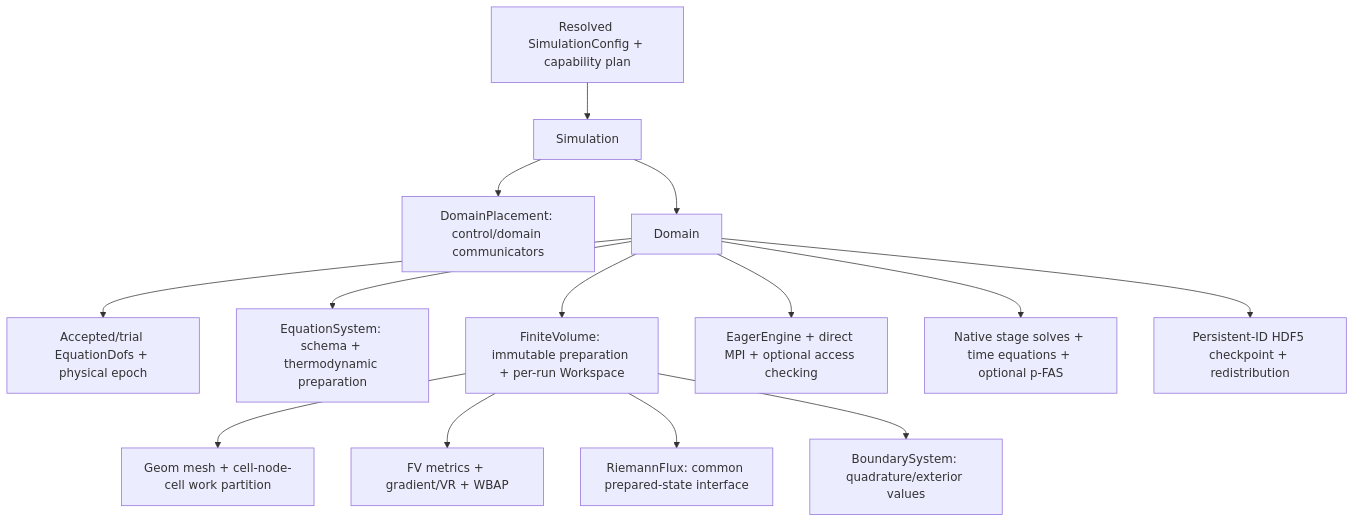
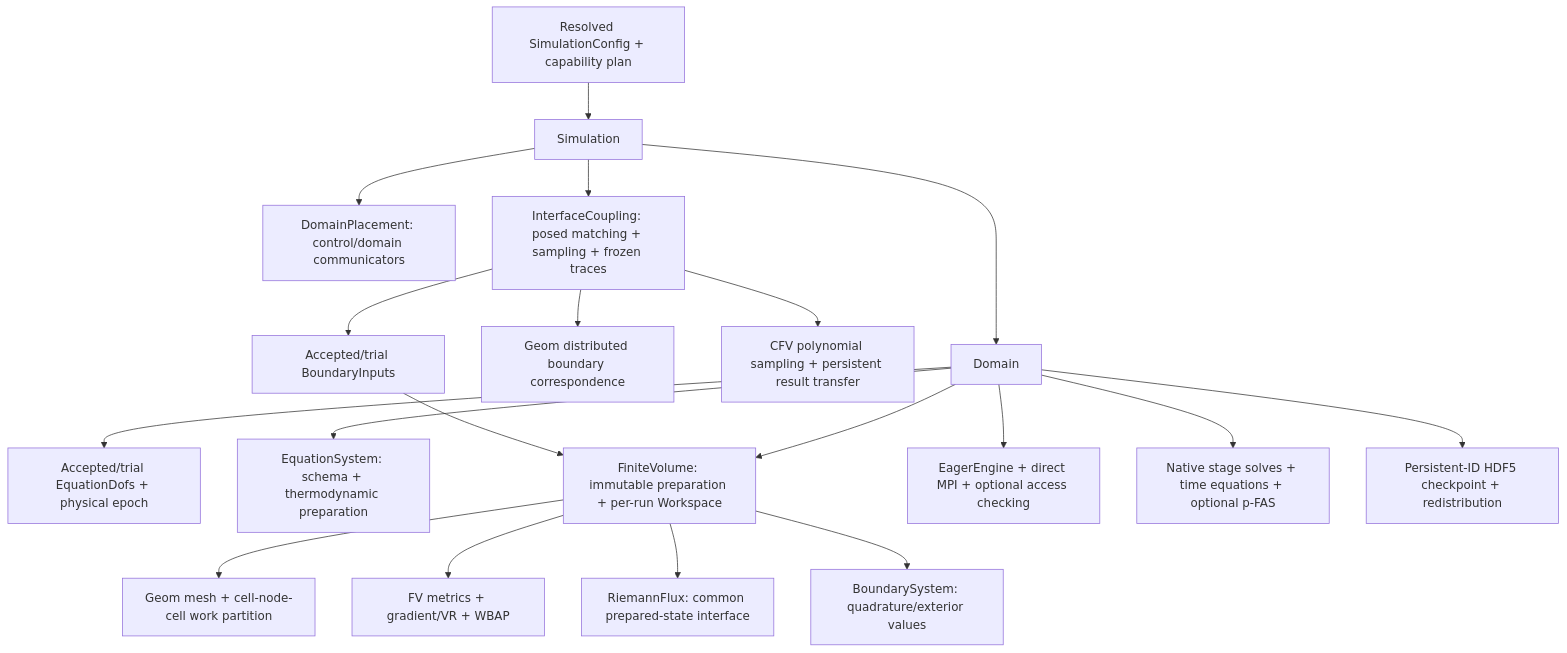
One commit to harryzhou2000/DNDSR changed the first of 3 diagrams in docs/architecture/Cauchy.md. Above: the diagram before and after it, drawn with Mermaid. The commit also changed other lines of this file and 25 other files, not shown here.

````diff
--- a/docs/architecture/Cauchy.md
+++ b/docs/architecture/Cauchy.md
@@ -15,16 +15,21 @@
 ```mermaid
 flowchart TD
     Config[Resolved SimulationConfig + capability plan] --> Simulation
     Simulation --> Placement[DomainPlacement: control/domain communicators]
     Simulation --> Domain
+    Simulation --> Interface[InterfaceCoupling: posed matching + sampling + frozen traces]
+    Interface --> InterfaceGeom[Geom distributed boundary correspondence]
+    Interface --> InterfaceCFV[CFV polynomial sampling + persistent result transfer]
+    Interface --> BCInput[Accepted/trial BoundaryInputs]
     Domain --> State[Accepted/trial EquationDofs + physical epoch]
     Domain --> Equation[EquationSystem: schema + thermodynamic preparation]
     Domain --> FV[FiniteVolume: immutable preparation + per-run Workspace]
     FV --> Geom[Geom mesh + cell-node-cell work partition]
     FV --> CFV[FV metrics + gradient/VR + WBAP]
     FV --> Flux[RiemannFlux: common prepared-state interface]
     FV --> BC[BoundarySystem: quadrature/exterior values]
+    BCInput --> FV
     Domain --> Engine[EagerEngine + direct MPI + optional access checking]
     Domain --> Implicit[Native stage solves + time equations + optional p-FAS]
     Domain --> IO[Persistent-ID HDF5 checkpoint + redistribution]
 ```
````
